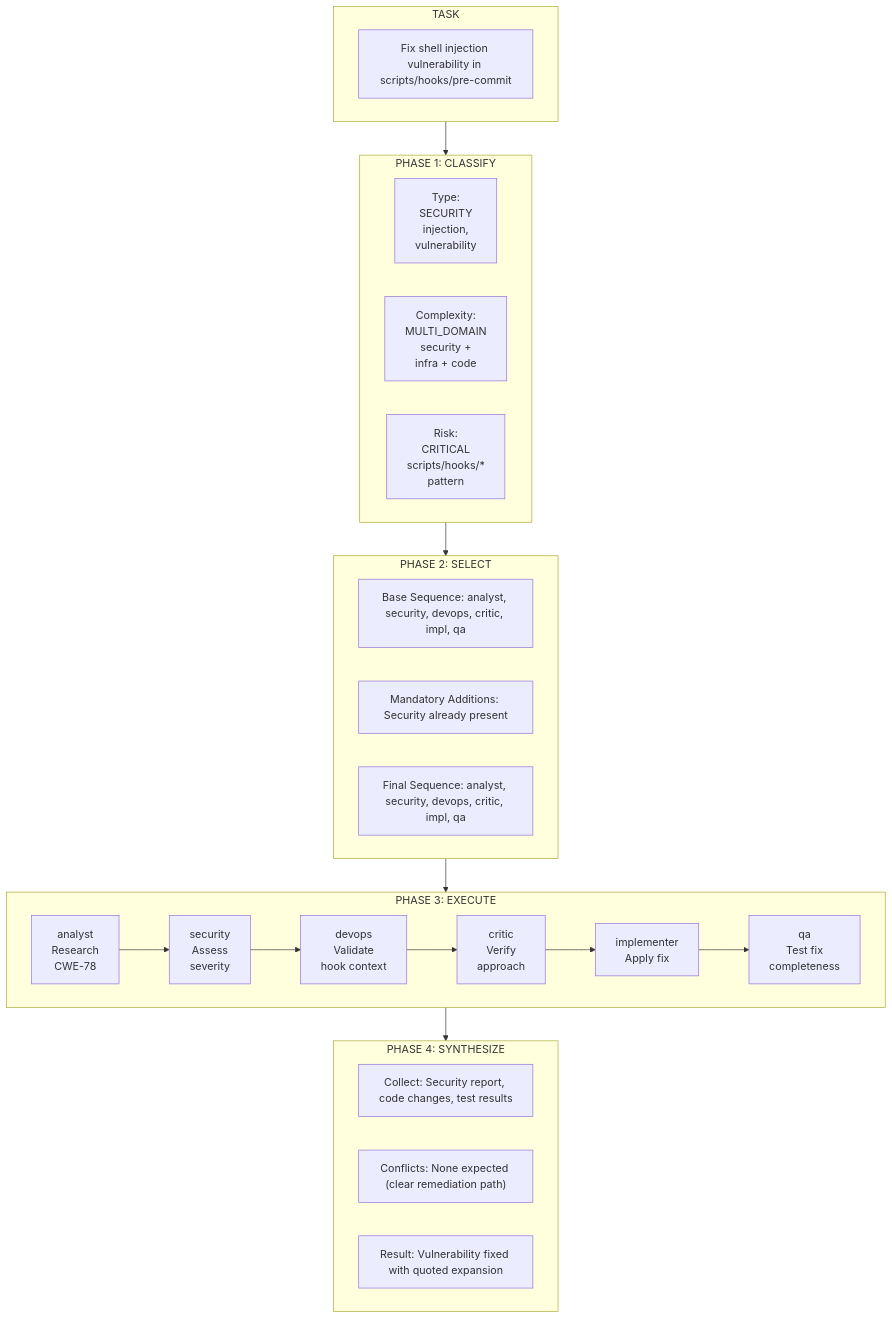
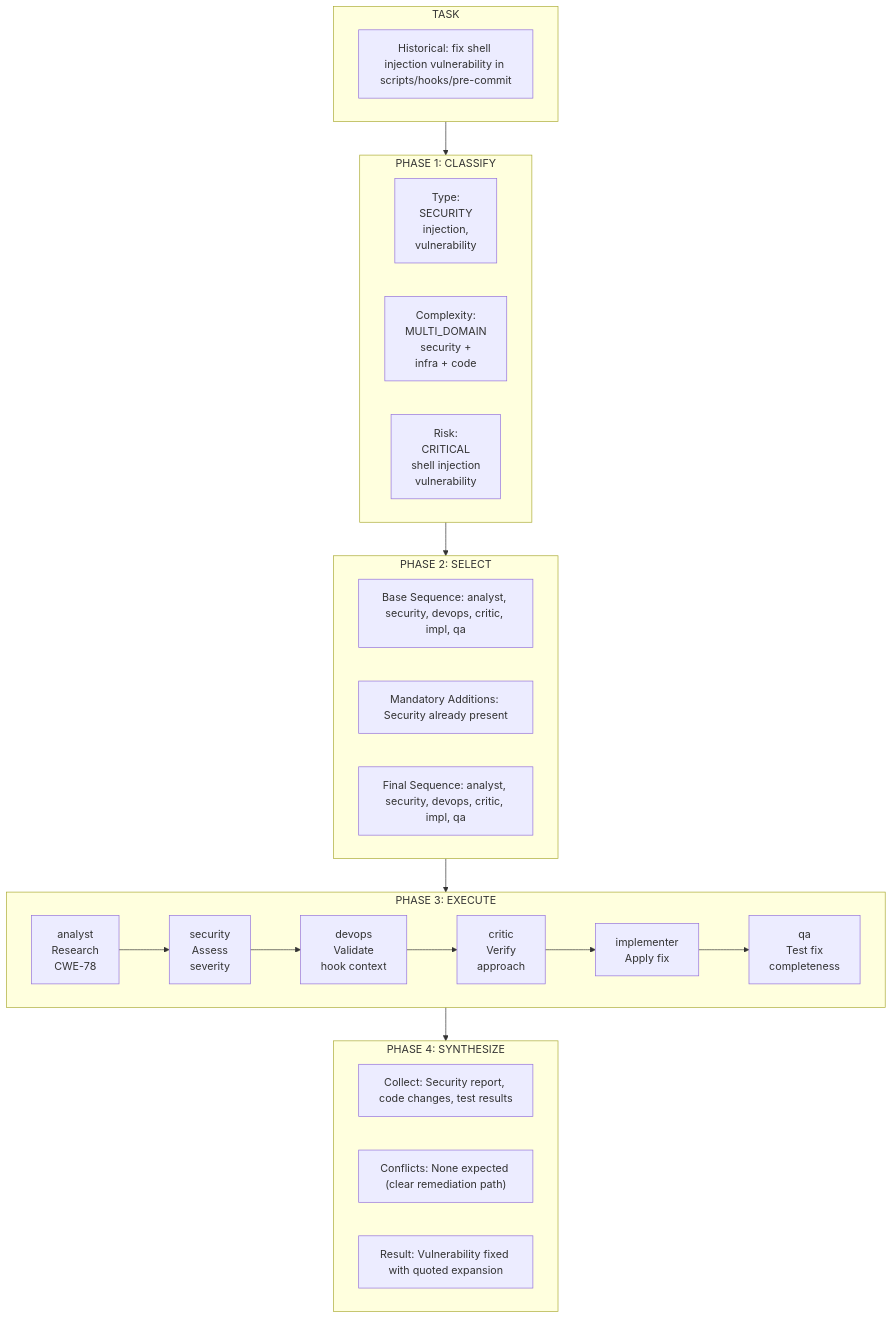
Before and after one commit to rjmurillo/ai-agents: the eighth of 8 diagrams in docs/diagrams/routing-flowchart.md, drawn with Mermaid. The commit also changed other lines of this file and 4 other files, not shown here.

````diff
--- a/docs/diagrams/routing-flowchart.md
+++ b/docs/diagrams/routing-flowchart.md
@@ -194,37 +198,37 @@
 ```mermaid
 flowchart TB
     subgraph Task["TASK"]
-        TASK_DESC["Fix shell injection vulnerability in scripts/hooks/pre-commit"]
+        TASK_DESC["Historical: fix shell injection vulnerability in scripts/hooks/pre-commit"]
     end
 
     subgraph Phase1["PHASE 1: CLASSIFY"]
         TYPE[Type:<br/>SECURITY<br/>injection,<br/>vulnerability]
         COMPLEXITY[Complexity:<br/>MULTI_DOMAIN<br/>security +<br/>infra + code]
-        RISK[Risk:<br/>CRITICAL<br/>scripts/hooks/*<br/>pattern]
+        RISK[Risk:<br/>CRITICAL<br/>shell injection<br/>vulnerability]
     end
 
     subgraph Phase2["PHASE 2: SELECT"]
         BASE["Base Sequence: analyst, security, devops, critic, impl, qa"]
         ADDITIONS["Mandatory Additions: Security already present"]
         FINAL["Final Sequence: analyst, security, devops, critic, impl, qa"]
     end
 
     subgraph Phase3["PHASE 3: EXECUTE"]
         ANALYST[analyst<br/>Research<br/>CWE-78] --> SECURITY_AGENT[security<br/>Assess<br/>severity]
         SECURITY_AGENT --> DEVOPS[devops<br/>Validate<br/>hook context]
         DEVOPS --> CRITIC[critic<br/>Verify<br/>approach]
         CRITIC --> IMPLEMENTER[implementer<br/>Apply fix]
         IMPLEMENTER --> QA[qa<br/>Test fix<br/>completeness]
     end
 
     subgraph Phase4["PHASE 4: SYNTHESIZE"]
         COLLECT_P4["Collect: Security report, code changes, test results"]
         CONFLICTS["Conflicts: None expected (clear remediation path)"]
         RESULT["Result: Vulnerability fixed with quoted expansion"]
     end
 
     Task --> Phase1
     Phase1 --> Phase2
     Phase2 --> Phase3
     Phase3 --> Phase4
 ```
````
